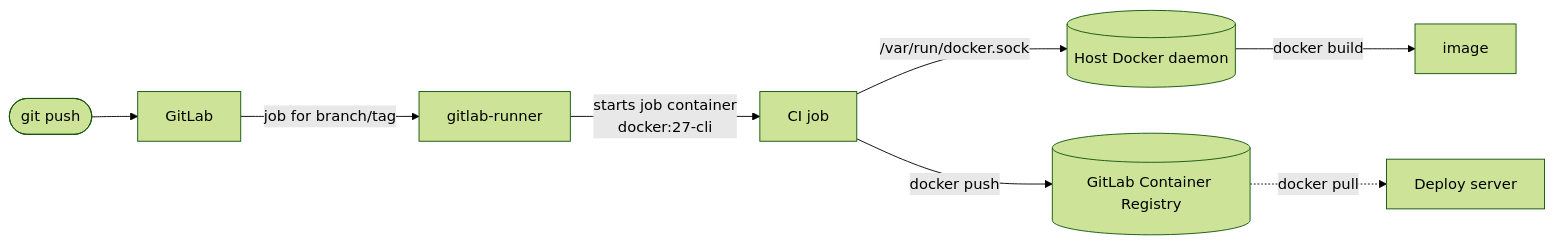
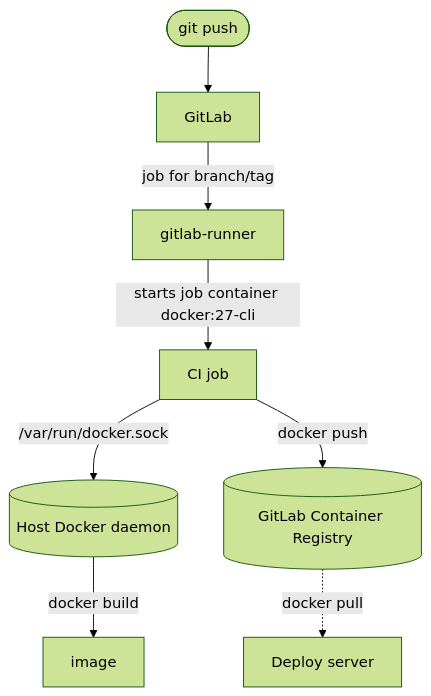
Before and after one commit to e-choness/portfolio-site: the first of 2 diagrams in _posts/2025-07-13-chapter-1-5-docker-gitlab.md, drawn with Mermaid (forest theme). The commit also changed other lines of this file and 22 other files, not shown here.

Commit message:
improve diagram display

````diff
--- a/_posts/2025-07-13-chapter-1-5-docker-gitlab.md
+++ b/_posts/2025-07-13-chapter-1-5-docker-gitlab.md
@@ -170,10 +170,10 @@
 ```mermaid
-flowchart LR
+flowchart TD
   dev([git push]) --> GL[GitLab]
   GL -- "job for branch/tag" --> R[gitlab-runner]
-  R -- "starts job container<br/>docker:27-cli" --> J[CI job]
+  R -- "starts job container docker:27-cli" --> J[CI job]
   J -- "/var/run/docker.sock" --> D[(Host Docker daemon)]
   D -- "docker build" --> I[image]
   J -- "docker push" --> REG[(GitLab Container Registry)]
   REG -. "docker pull" .-> S[Deploy server]
 ```
````
